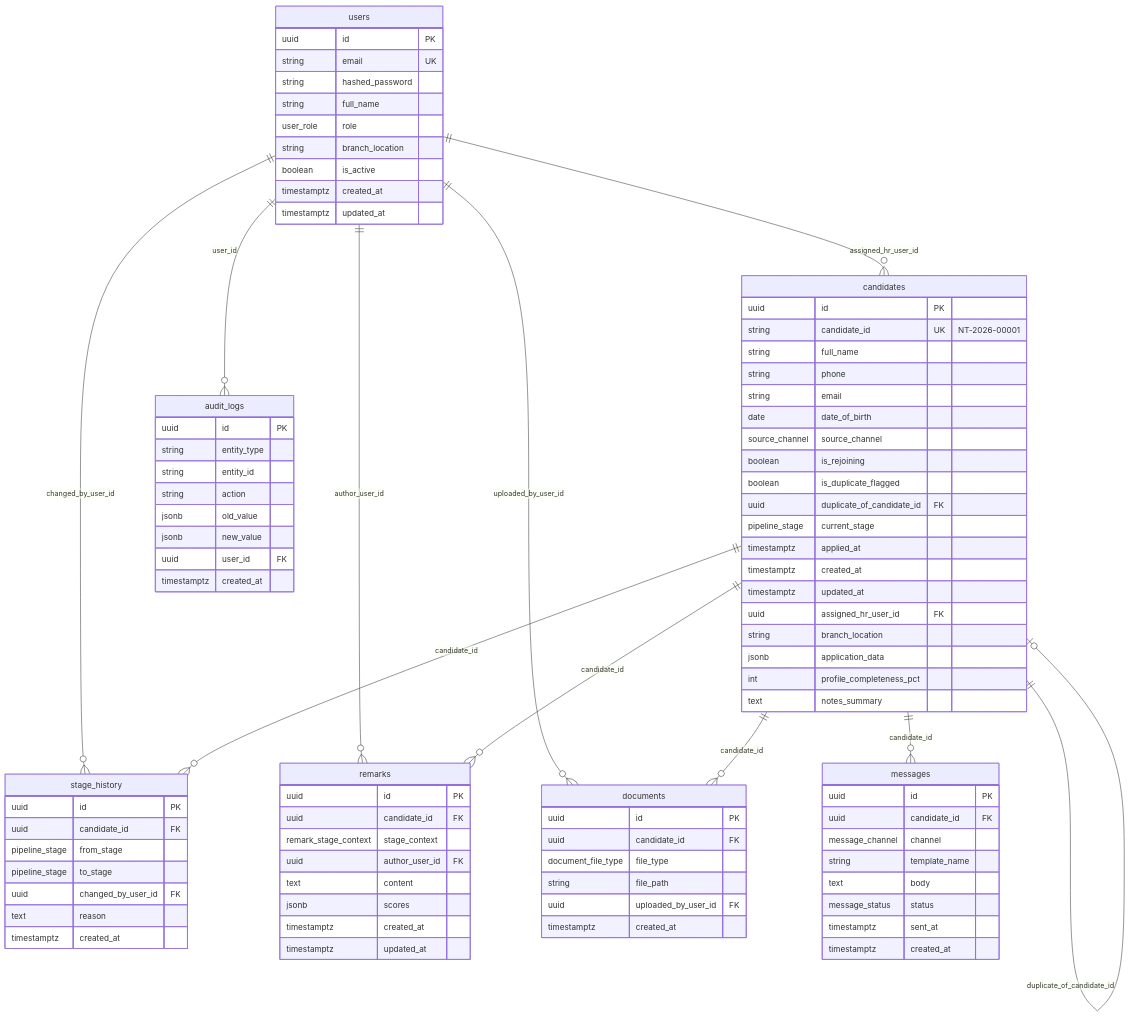
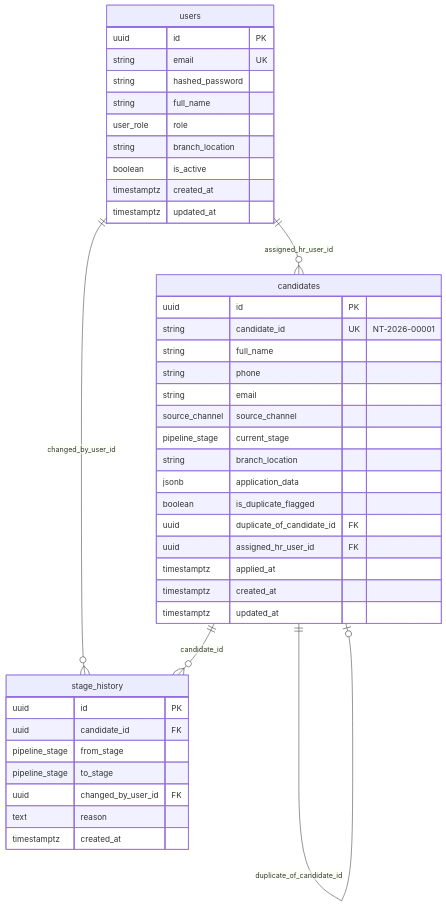
The diagram in README.md (nippontoyota/hr-recruit), drawn with Mermaid before and after one commit. The commit also changed other lines of this file and 26 other files, not shown here.

````diff
--- a/README.md
+++ b/README.md
@@ -22,20 +22,16 @@
         string full_name
         string phone
         string email
-        date date_of_birth
         source_channel source_channel
-        boolean is_rejoining
+        pipeline_stage current_stage
+        string branch_location
+        jsonb application_data
         boolean is_duplicate_flagged
         uuid duplicate_of_candidate_id FK
-        pipeline_stage current_stage
+        uuid assigned_hr_user_id FK
         timestamptz applied_at
         timestamptz created_at
         timestamptz updated_at
-        uuid assigned_hr_user_id FK
-        string branch_location
-        jsonb application_data
-        int profile_completeness_pct
-        text notes_summary
     }
 
     stage_history {
@@ -48,57 +44,8 @@
         timestamptz created_at
     }
 
-    remarks {
-        uuid id PK
-        uuid candidate_id FK
-        remark_stage_context stage_context
-        uuid author_user_id FK
-        text content
-        jsonb scores
-        timestamptz created_at
-        timestamptz updated_at
-    }
-
-    documents {
-        uuid id PK
-        uuid candidate_id FK
-        document_file_type file_type
-        string file_path
-        uuid uploaded_by_user_id FK
-        timestamptz created_at
-    }
-
-    messages {
-        uuid id PK
-        uuid candidate_id FK
-        message_channel channel
-        string template_name
-        text body
-        message_status status
-        timestamptz sent_at
-        timestamptz created_at
-    }
-
-    audit_logs {
-        uuid id PK
-        string entity_type
-        string entity_id
-        string action
-        jsonb old_value
-        jsonb new_value
-        uuid user_id FK
-        timestamptz created_at
-    }
-
     users ||--o{ candidates : "assigned_hr_user_id"
     users ||--o{ stage_history : "changed_by_user_id"
-    users ||--o{ remarks : "author_user_id"
-    users ||--o{ documents : "uploaded_by_user_id"
-    users ||--o{ audit_logs : "user_id"
-
     candidates ||--o| candidates : "duplicate_of_candidate_id"
     candidates ||--o{ stage_history : "candidate_id"
-    candidates ||--o{ remarks : "candidate_id"
-    candidates ||--o{ documents : "candidate_id"
-    candidates ||--o{ messages : "candidate_id"
 ```
````
